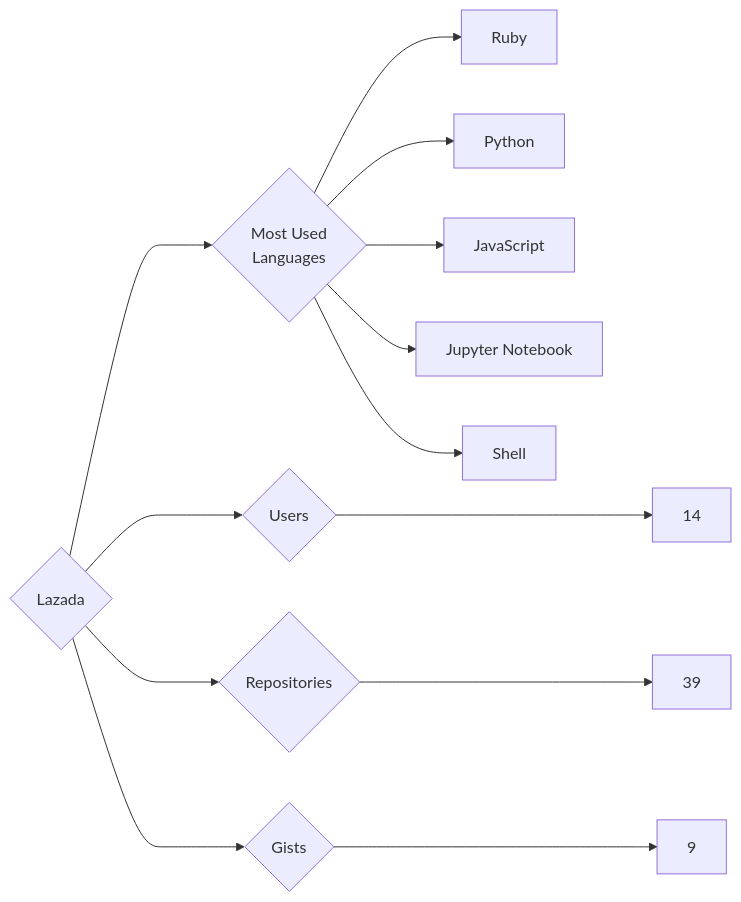
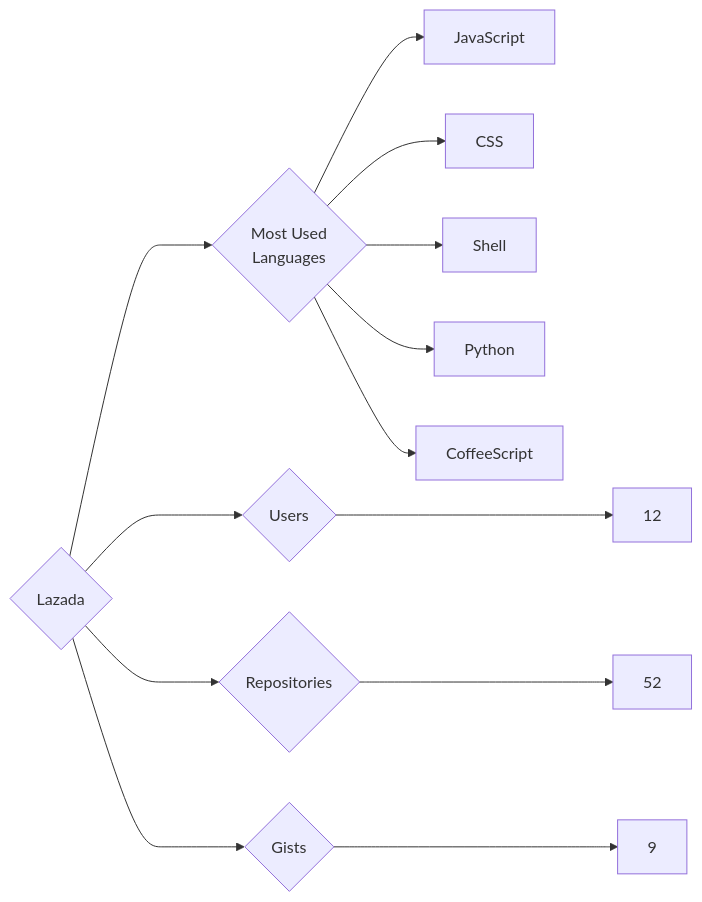
One commit to trickest/insiders changed the diagram in targets/Lazada/README.md. Above: the diagram before and after it, drawn with Mermaid. The commit also changed 838 other files, not shown here.

````diff
--- a/targets/Lazada/README.md
+++ b/targets/Lazada/README.md
@@ -3,13 +3,13 @@
 ```mermaid
 graph LR
 COMPANY_NAME{Lazada}
-COMPANY_NAME ---> U{Users} ---> UN[14]
-COMPANY_NAME ---> R{Repositories} ---> RN[39]
+COMPANY_NAME ---> U{Users} ---> UN[12]
+COMPANY_NAME ---> R{Repositories} ---> RN[52]
 COMPANY_NAME ---> G{Gists} ---> GN[9]
 COMPANY_NAME ---> ML{Most Used<br>Languages}
-ML --> Ruby[Ruby]
+ML --> JavaScript[JavaScript]
+ML --> CSS[CSS]
+ML --> Shell[Shell]
 ML --> Python[Python]
-ML --> JavaScript[JavaScript]
-ML --> Jupyter_Notebook[Jupyter Notebook]
-ML --> Shell[Shell]
+ML --> CoffeeScript[CoffeeScript]
 ```
````
